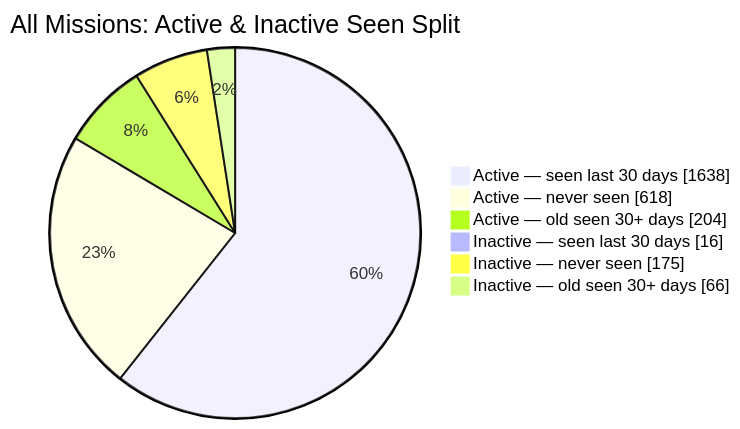
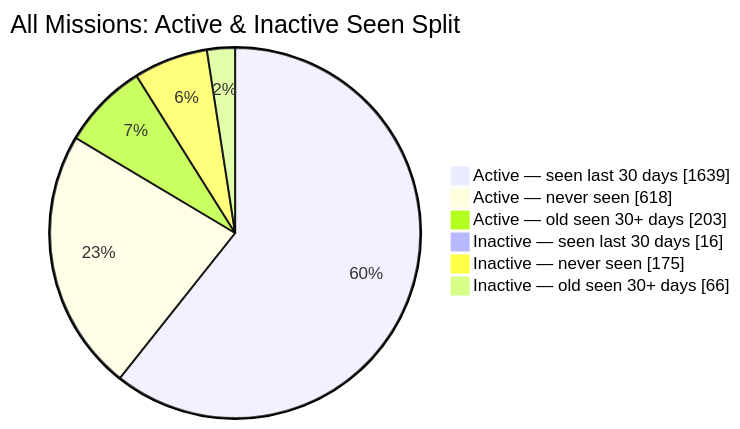
One commit to MeldkamerspelGameTeam/active-missions changed the second of 2 diagrams in README.md. Above: the diagram before and after it, drawn with Mermaid. The commit also changed other lines of this file and 3 other files, not shown here.

````diff
--- a/README.md
+++ b/README.md
@@ -44,10 +44,10 @@
 ```mermaid
 pie showData
     title All Missions: Active & Inactive Seen Split
-    "Active — seen last 30 days" : 1638
+    "Active — seen last 30 days" : 1639
     "Active — never seen" : 618
-    "Active — old seen 30+ days" : 204
+    "Active — old seen 30+ days" : 203
     "Inactive — seen last 30 days" : 16
     "Inactive — never seen" : 175
     "Inactive — old seen 30+ days" : 66
 ```
````
